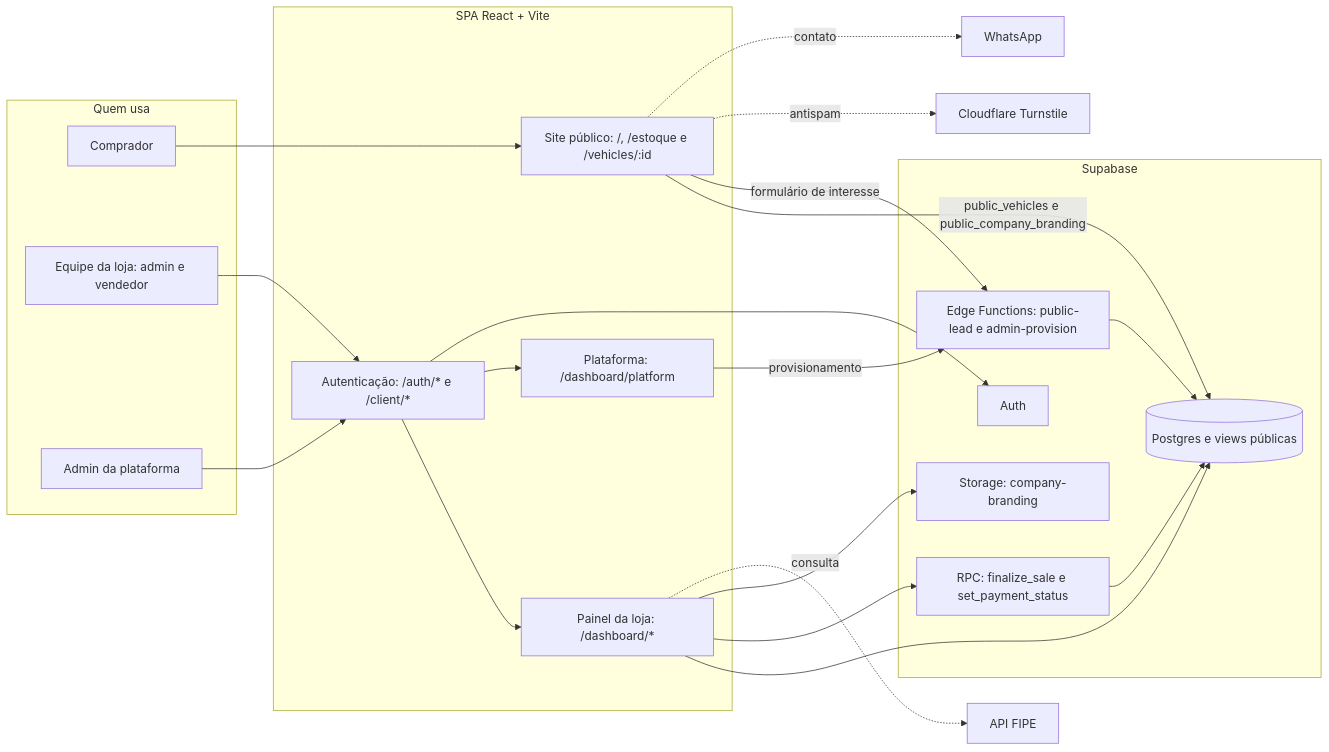
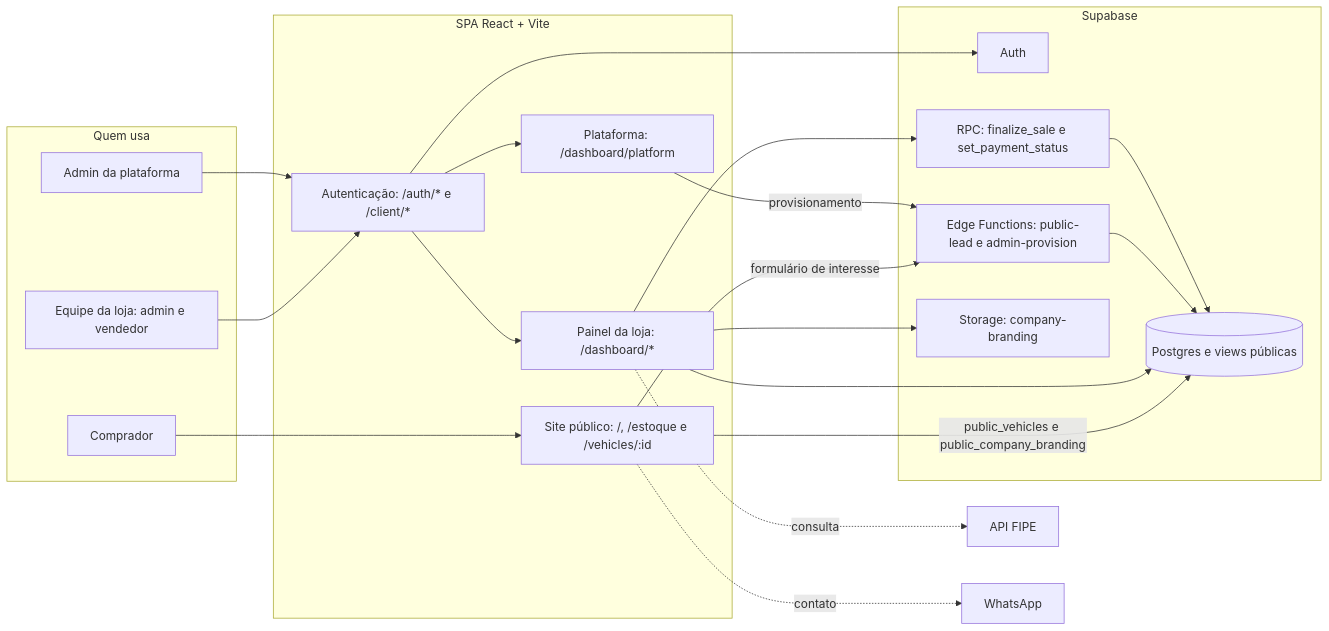
One commit to Junior0481/luxcar changed the first of 4 diagrams in README.md. Above: the diagram before and after it, drawn with Mermaid. The commit also changed other lines of this file and 5 other files, not shown here.

````diff
--- a/README.md
+++ b/README.md
@@ -119,43 +119,41 @@
 ```mermaid
 flowchart LR
     subgraph users[Quem usa]
         buyer[Comprador]
         staff[Equipe da loja: admin e vendedor]
         platform[Admin da plataforma]
     end
 
     subgraph spa[SPA React + Vite]
         public[Site público: /, /estoque e /vehicles/:id]
         auth[Autenticação: /auth/* e /client/*]
         panel[Painel da loja: /dashboard/*]
         plat[Plataforma: /dashboard/platform]
     end
 
     subgraph supabase[Supabase]
         sbauth[Auth]
         db[(Postgres e views públicas)]
         rpc[RPC: finalize_sale e set_payment_status]
         edge[Edge Functions: public-lead e admin-provision]
         storage[Storage: company-branding]
     end
 
-    turnstile[Cloudflare Turnstile]
     fipe[API FIPE]
     wa[WhatsApp]
 
     buyer --> public
     staff --> auth --> panel
     platform --> auth --> plat
     public -->|public_vehicles e public_company_branding| db
     public -->|formulário de interesse| edge
-    public -. antispam .-> turnstile
     public -. contato .-> wa
     auth --> sbauth
     panel --> db
     panel --> rpc
     panel --> storage
     panel -. consulta .-> fipe
     plat -->|provisionamento| edge
     edge --> db
     rpc --> db
 ```
````
